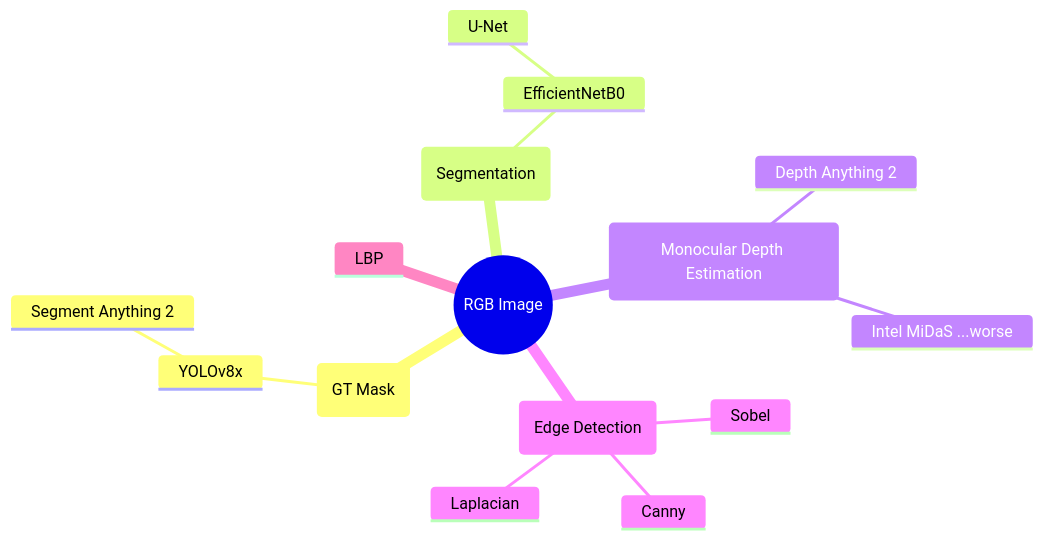
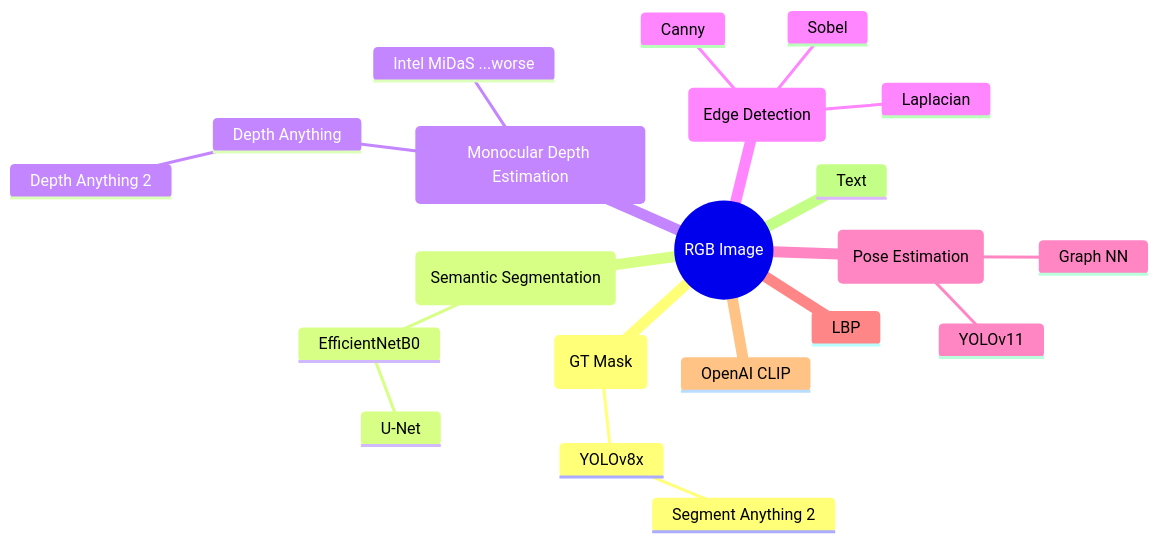
Before and after one commit to matejfric/in-vehicle-driver-state-analysis: the first of 3 diagrams in README.md, drawn with Mermaid. The commit also changed other lines of this file, not shown here.

Commit message:
update mindmaps

````diff
--- a/README.md
+++ b/README.md
@@ -13,18 +13,24 @@
 ```mermaid
 mindmap
     root((RGB Image))
         (GT Mask)
             YOLOv8x
                 Segment Anything 2
-        (Segmentation)
+        (Semantic Segmentation)
             EfficientNetB0
                 U-Net
         (Monocular Depth Estimation)
-            Depth Anything 2
+            Depth Anything
+                Depth Anything 2
             Intel MiDaS ...worse
         (Edge Detection)
             Canny
             Sobel
             Laplacian
+        (Pose Estimation)
+            Graph NN
+            YOLOv11
         LBP
+        OpenAI CLIP
+        Text
 ```
````
